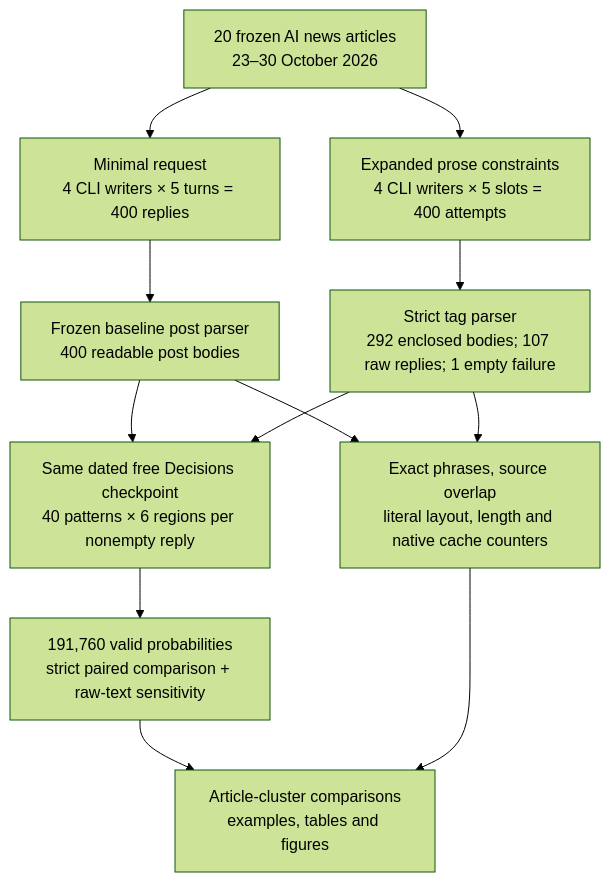
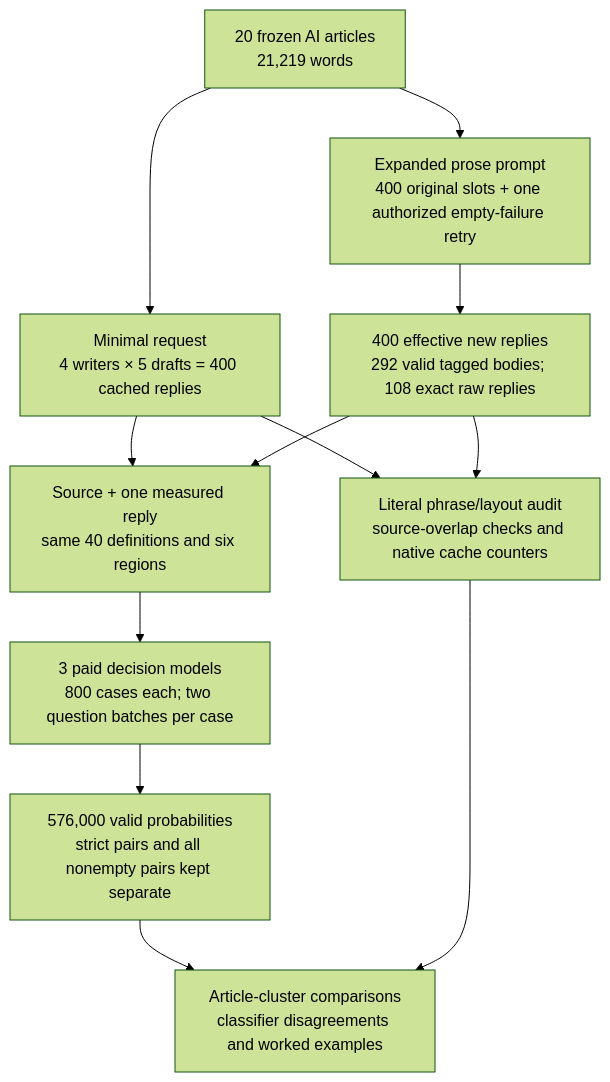
Before and after one commit to k-sandhu/experiment-notebooks: the first of 2 diagrams in notebooks/40-linkedin-writing-habits/README.md, drawn with Mermaid (forest theme). The commit also changed other lines of this file and 12569 other files, not shown here.

````diff
--- a/notebooks/40-linkedin-writing-habits/README.md
+++ b/notebooks/40-linkedin-writing-habits/README.md
@@ -41,14 +41,14 @@
 ```mermaid
 flowchart TD
- A["20 frozen AI news articles<br/>23–30 October 2026"] --> B["Minimal request<br/>4 CLI writers × 5 turns = 400 replies"]
- A --> C["Expanded prose constraints<br/>4 CLI writers × 5 slots = 400 attempts"]
- B --> D["Frozen baseline post parser<br/>400 readable post bodies"]
- C --> E["Strict tag parser<br/>292 enclosed bodies; 107 raw replies; 1 empty failure"]
- D --> F["Same dated free Decisions checkpoint<br/>40 patterns × 6 regions per nonempty reply"]
- E --> F
- F --> G["191,760 valid probabilities<br/>strict paired comparison + raw-text sensitivity"]
- D --> H["Exact phrases, source overlap<br/>literal layout, length and native cache counters"]
- E --> H
- G --> I["Article-cluster comparisons<br/>examples, tables and figures"]
- H --> I
+ A["20 frozen AI articles<br/>21,219 words"] --> B["Minimal request<br/>4 writers × 5 drafts = 400 cached replies"]
+ A --> C["Expanded prose prompt<br/>400 original slots + one authorized empty-failure retry"]
+ C --> D["400 effective new replies<br/>292 valid tagged bodies; 108 exact raw replies"]
+ B --> E["Source + one measured reply<br/>same 40 definitions and six regions"]
+ D --> E
+ E --> G["3 paid decision models<br/>800 cases each; two question batches per case"]
+ G --> H["576,000 valid probabilities<br/>strict pairs and all nonempty pairs kept separate"]
+ H --> I["Article-cluster comparisons<br/>classifier disagreements and worked examples"]
+ B --> J["Literal phrase/layout audit<br/>source-overlap checks and native cache counters"]
+ D --> J
+ J --> I
 ```
````
